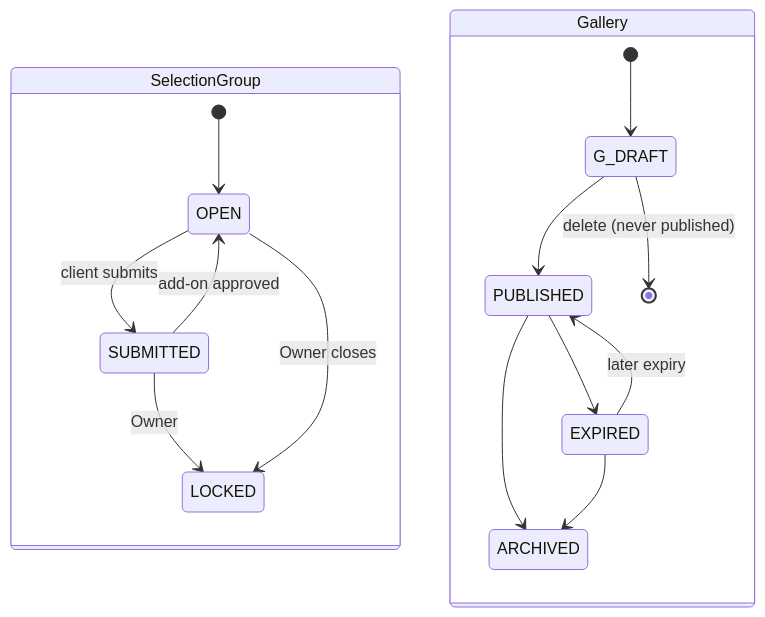
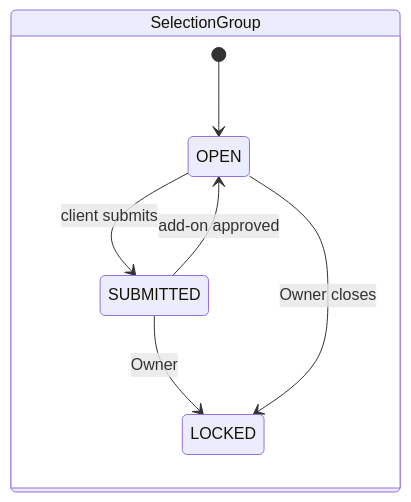
One commit to hardi-dev/shutrly-v0 changed the third of 4 diagrams in docs/domain/domain-model.md. Above: the diagram before and after it, drawn with Mermaid. The commit also changed other lines of this file and 5 other files, not shown here.

Commit message:
docs(simplify-project-gallery-flow): specify galleries created on booking without a gallery status

````diff
--- a/docs/domain/domain-model.md
+++ b/docs/domain/domain-model.md
@@ -107,19 +107,10 @@
 ```mermaid
 stateDiagram-v2
     state SelectionGroup {
       [*] --> OPEN
       OPEN --> SUBMITTED : client submits
       SUBMITTED --> LOCKED : Owner
       SUBMITTED --> OPEN : add-on approved
       OPEN --> LOCKED : Owner closes
     }
-    state Gallery {
-      [*] --> G_DRAFT
-      G_DRAFT --> PUBLISHED
-      PUBLISHED --> EXPIRED
-      PUBLISHED --> ARCHIVED
-      EXPIRED --> PUBLISHED : later expiry
-      EXPIRED --> ARCHIVED
-      G_DRAFT --> [*] : delete (never published)
-    }
 ```
````
